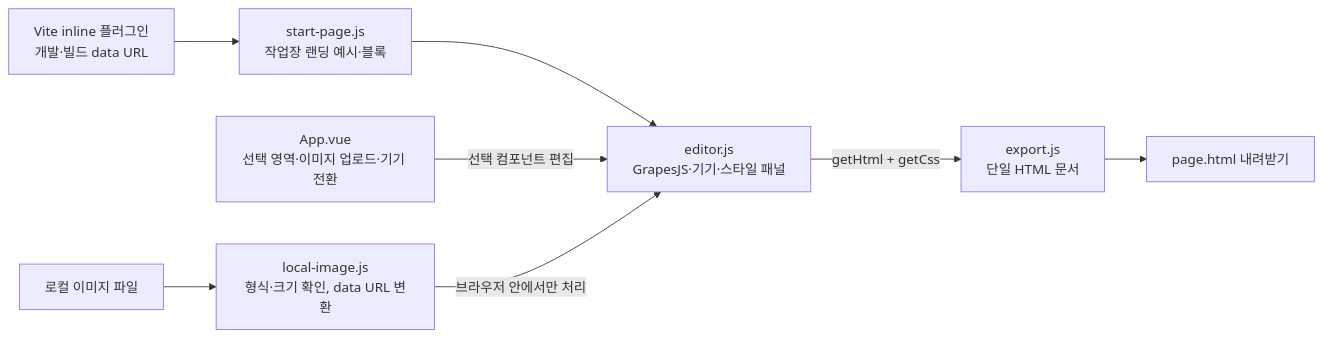
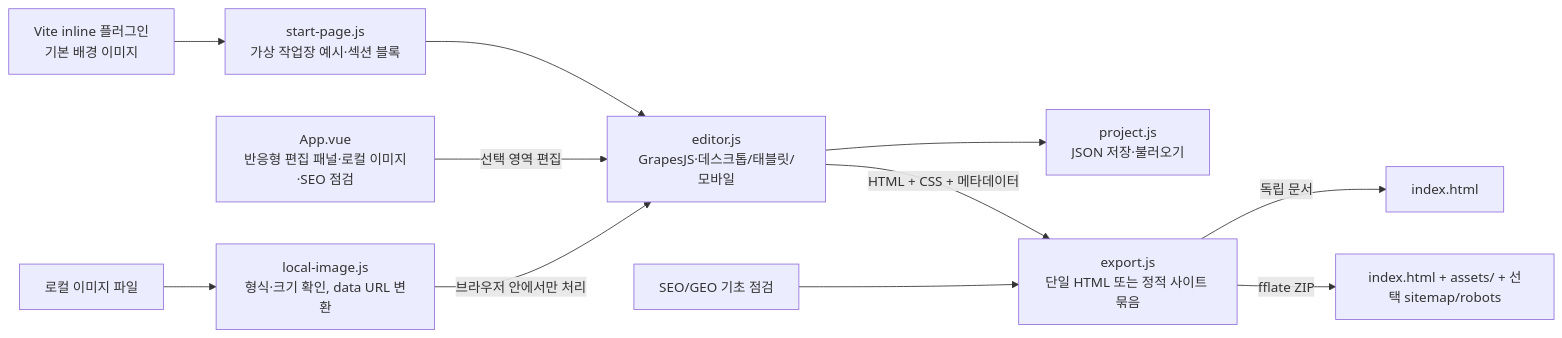
One commit to devcy0922/page-builder changed the diagram in architecture.md. Above: the diagram before and after it, drawn with Mermaid. The commit also changed other lines of this file and 13 other files, not shown here.

Commit message:
feat: 반응형 편집과 SEO 점검 및 사이트 ZIP 내보내기 (v0.3.0)

````diff
--- a/architecture.md
+++ b/architecture.md
@@ -3,10 +3,13 @@
 ```mermaid
 flowchart LR
-    Start["start-page.js<br/>작업장 랜딩 예시·블록"] --> Editor["editor.js<br/>GrapesJS·기기·스타일 패널"]
-    InlineArt["Vite inline 플러그인<br/>개발·빌드 data URL"] --> Start
-    App["App.vue<br/>선택 영역·이미지 업로드·기기 전환"] -->|선택 컴포넌트 편집| Editor
+    Start["start-page.js<br/>가상 작업장 예시·섹션 블록"] --> Editor["editor.js<br/>GrapesJS·데스크톱/태블릿/모바일"]
+    InlineArt["Vite inline 플러그인<br/>기본 배경 이미지"] --> Start
+    App["App.vue<br/>반응형 편집 패널·로컬 이미지·SEO 점검"] -->|선택 영역 편집| Editor
     Upload["로컬 이미지 파일"] --> Validate["local-image.js<br/>형식·크기 확인, data URL 변환"]
     Validate -->|브라우저 안에서만 처리| Editor
-    Editor -->|getHtml + getCss| Export["export.js<br/>단일 HTML 문서"]
-    Export --> File["page.html 내려받기"]
+    Editor --> Project["project.js<br/>JSON 저장·불러오기"]
+    Editor -->|HTML + CSS + 메타데이터| Export["export.js<br/>단일 HTML 또는 정적 사이트 묶음"]
+    Export -->|독립 문서| HTML["index.html"]
+    Export -->|fflate ZIP| Bundle["index.html + assets/ + 선택 sitemap/robots"]
+    SEO["SEO/GEO 기초 점검"] --> Export
 ```
````
